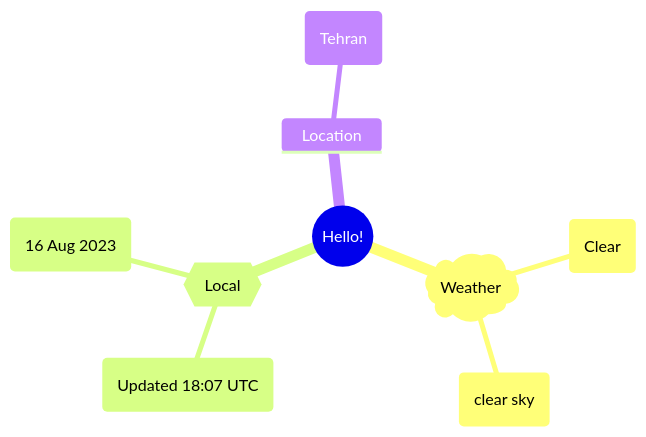
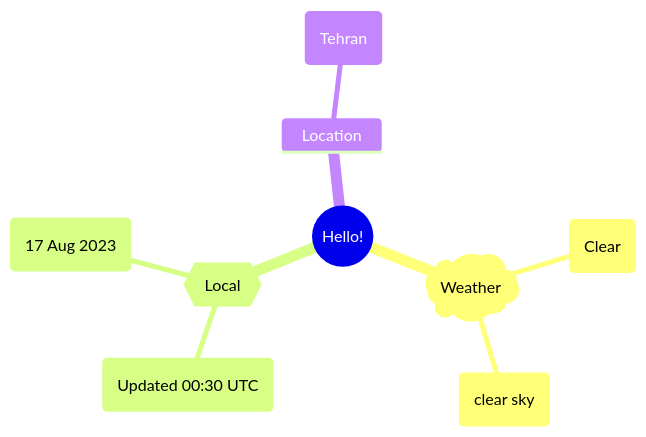
The first of 2 diagrams in README.md (Xosrov/Xosrov), drawn with Mermaid before and after one commit.

Commit message:
[bot] updated images

````diff
--- a/README.md
+++ b/README.md
@@ -3,12 +3,12 @@
 ```mermaid
 mindmap
   root((Hello!))
     )Weather(
         (Clear)
         (clear sky)
     {{Local}}
-        (Updated 18:07 UTC)
-        (16 Aug 2023)
+        (Updated 00:30 UTC)
+        (17 Aug 2023)
     Location
         (Tehran)
 ```
````
